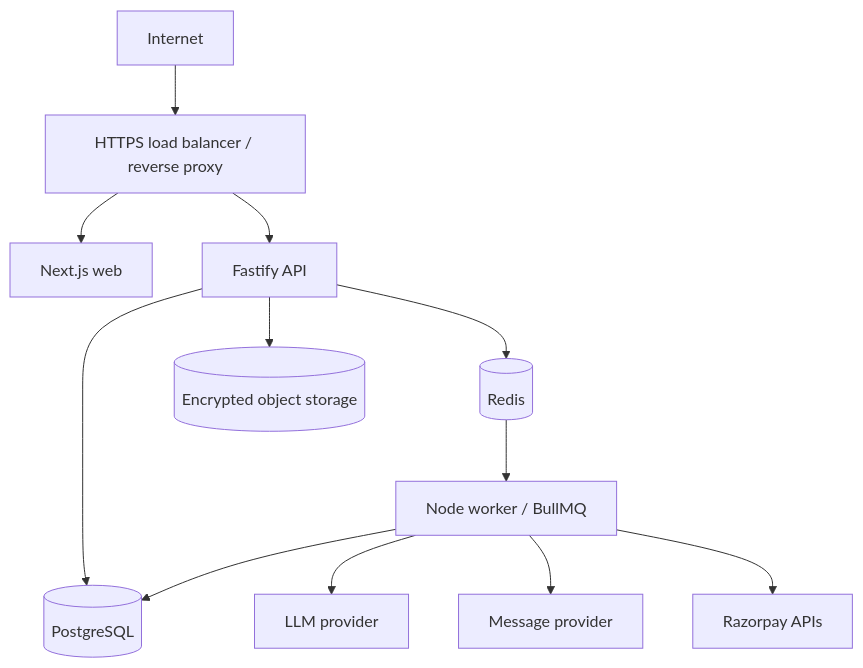
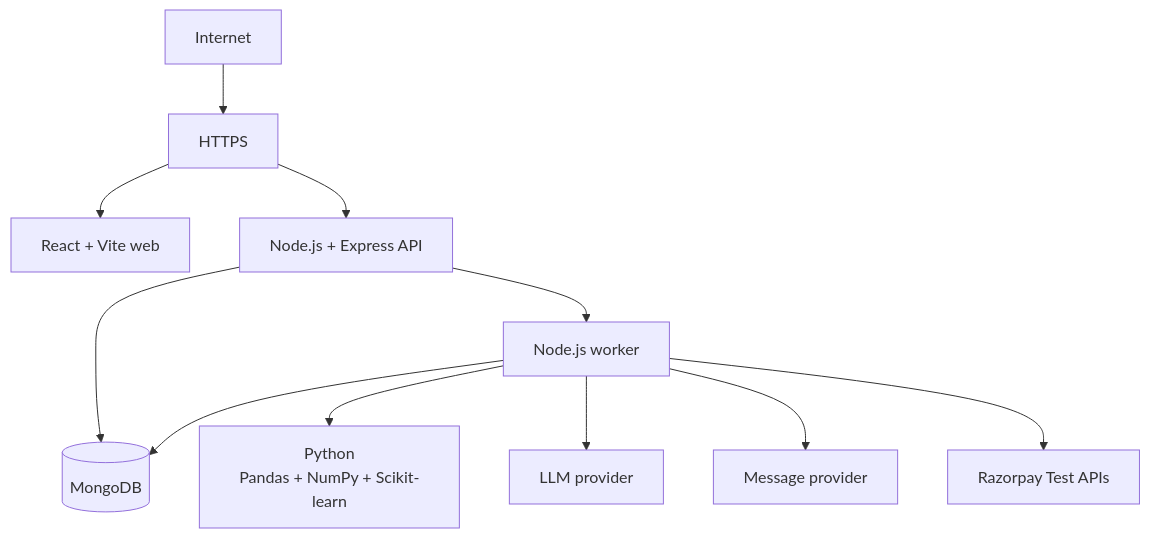
The second of 5 diagrams in architecture.md (Sakshya2504/RazCodePay), drawn with Mermaid before and after one commit. The commit also changed other lines of this file, not shown here.

Commit message:
docs: align architecture with Track 3 tech stack

````diff
--- a/architecture.md
+++ b/architecture.md
@@ -91,14 +115,13 @@
 ```mermaid
 flowchart TB
-    I[Internet] --> LB[HTTPS load balancer / reverse proxy]
-    LB --> WEB[Next.js web]
-    LB --> API[Fastify API]
-    API --> PG[(PostgreSQL)]
-    API --> REDIS[(Redis)]
-    API --> OBJ[(Encrypted object storage)]
-    REDIS --> WORKER[Node worker / BullMQ]
-    WORKER --> PG
+    I[Internet] --> HTTPS[HTTPS]
+    HTTPS --> WEB[React + Vite web]
+    HTTPS --> API[Node.js + Express API]
+    API --> DB[(MongoDB)]
+    API --> WORKER[Node.js worker]
+    WORKER --> DB
+    WORKER --> ML[Python\nPandas + NumPy + Scikit-learn]
     WORKER --> LLM[LLM provider]
     WORKER --> MSG[Message provider]
-    WORKER --> RZ[Razorpay APIs]
+    WORKER --> RZ[Razorpay Test APIs]
 ```
````
